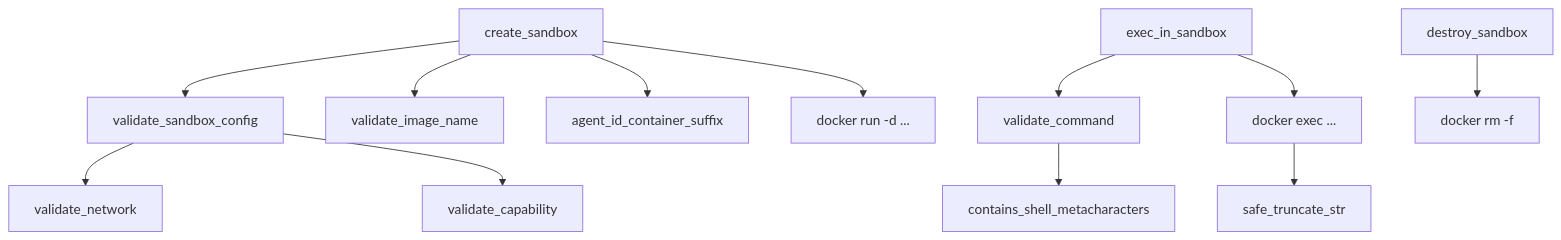
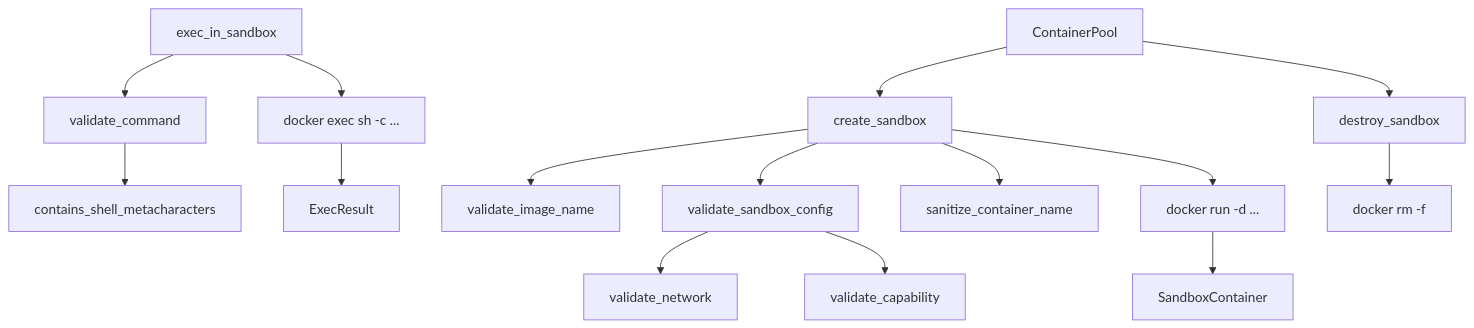
Before and after one commit to leszek3737/librefang-WIki: the diagram in agent-runtime-librefang-runtime-sandbox-docker-src.md, drawn with Mermaid. The commit also changed other lines of this file and 119 other files, not shown here.

````diff
--- a/agent-runtime-librefang-runtime-sandbox-docker-src.md
+++ b/agent-runtime-librefang-runtime-sandbox-docker-src.md
@@ -11,14 +9,17 @@
 ```mermaid
-graph TD
-    A[create_sandbox] --> B[validate_sandbox_config]
-    A --> C[validate_image_name]
-    A --> D[agent_id_container_suffix]
-    A --> E["docker run -d ..."]
-    F[exec_in_sandbox] --> G[validate_command]
-    F --> H["docker exec ..."]
-    H --> I[safe_truncate_str]
-    J[destroy_sandbox] --> K["docker rm -f"]
-    B --> L[validate_network]
-    B --> M[validate_capability]
-    G --> N[contains_shell_metacharacters]
+flowchart TD
+    A[create_sandbox] --> B[validate_image_name]
+    A --> C[validate_sandbox_config]
+    C --> D[validate_network]
+    C --> E[validate_capability]
+    A --> F[sanitize_container_name]
+    A --> G["docker run -d ..."]
+    G --> H[SandboxContainer]
+    I[exec_in_sandbox] --> J[validate_command]
+    J --> K[contains_shell_metacharacters]
+    I --> L["docker exec sh -c ..."]
+    L --> M[ExecResult]
+    N[destroy_sandbox] --> O["docker rm -f"]
+    P[ContainerPool] --> A
+    P --> N
 ```
````
